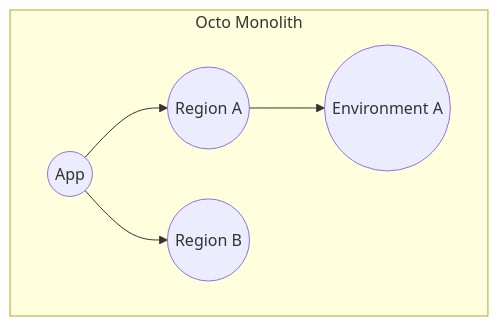
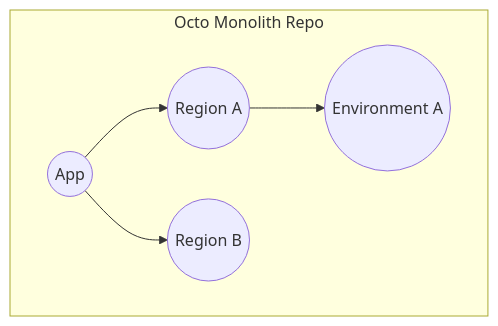
The second of 3 diagrams in apps/octo-docs/docs/philosophy.mdx (quadnix/octo), drawn with Mermaid before and after one commit. The commit also changed other lines of this file and 1 other file, not shown here.

Commit message:
chore(feat): octo-docs | fixed introduction and philosophy.

````diff
--- a/apps/octo-docs/docs/philosophy.mdx
+++ b/apps/octo-docs/docs/philosophy.mdx
@@ -97,13 +115,13 @@
 ```mermaid
 graph TD;
   app((App))
   regionA((Region A))
   regionB((Region B))
   environmentA((Environment A))
 
-  subgraph Octo Monolith
+  subgraph Octo Monolith Repo
     app --> regionA
     app --> regionB
     regionA --> environmentA
   end
 ```
````
